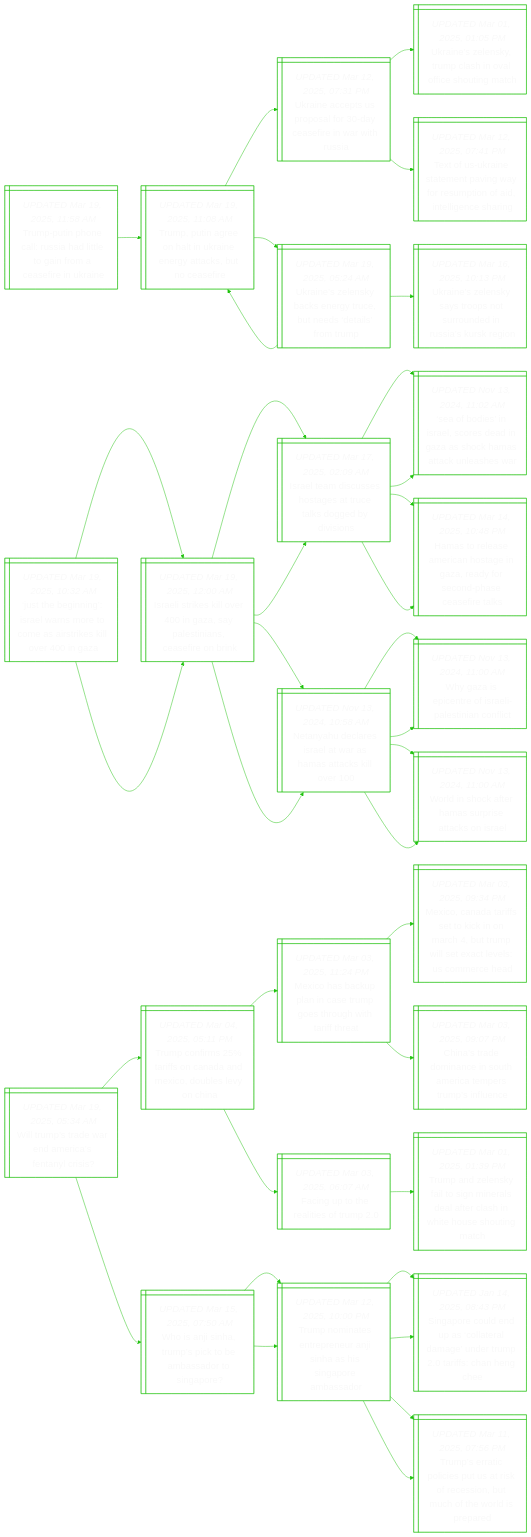
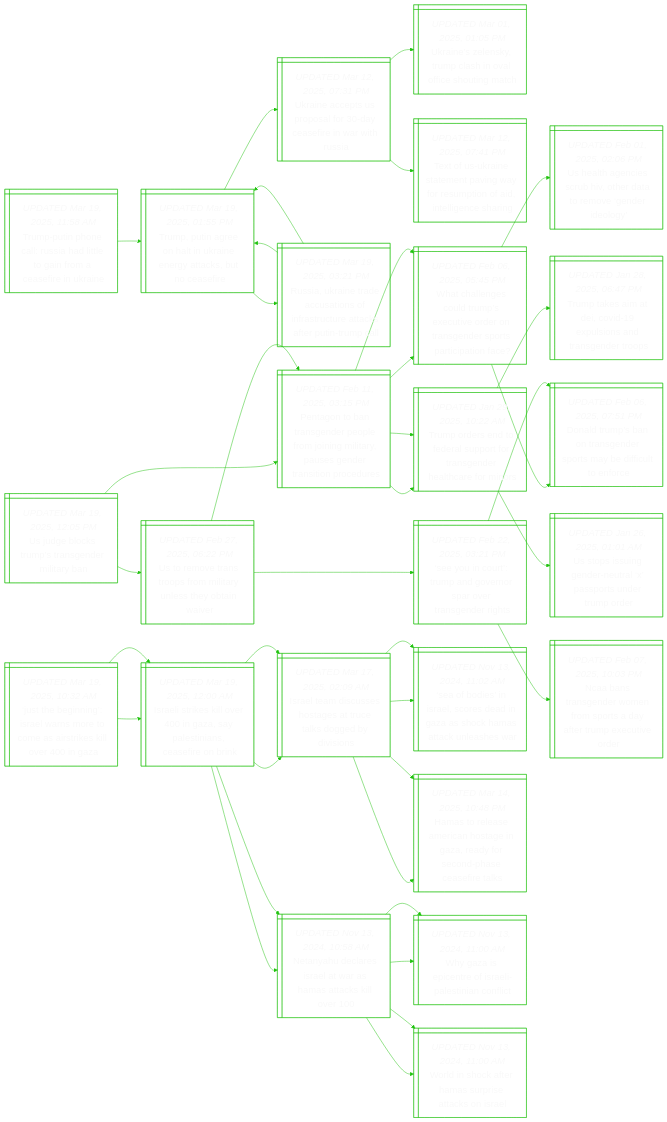
One commit to notJmes/notJmes changed the diagram in README.md. Above: the diagram before and after it, drawn with Mermaid. The commit also changed other lines of this file, not shown here.

````diff
--- a/README.md
+++ b/README.md
@@ -18,7 +18,7 @@
 
 TPpcuhtofcfni@{ shape: win-pane, label: "_UPDATED Mar 19, 2025, 11:58 AM_
 Trump-putin phone call: russia had little to gain from a ceasefire in ukraine" }
-TPaotreyctar@{ shape: win-pane, label: "_UPDATED Mar 19, 2025, 11:08 AM_
+TPaotreyctar@{ shape: win-pane, label: "_UPDATED Mar 19, 2025, 01:55 PM_
 Trump, putin agree on halt in ukraine energy attacks, but no ceasefire" }
 UneSoocfnis@{ shape: win-pane, label: "_UPDATED Mar 12, 2025, 07:31 PM_
 Ukraine accepts us proposal for 30-day ceasefire in war with russia" }
@@ -26,20 +26,66 @@
 Ukraine’s zelensky, trump clash in oval office shouting match" }
 Tfrsmawrmndlna@{ shape: win-pane, label: "_UPDATED Mar 12, 2025, 07:41 PM_
 Text of us-ukraine statement paving way for resumption of aid, intelligence sharing" }
-Unlysgcndlmp@{ shape: win-pane, label: "_UPDATED Mar 19, 2025, 05:24 AM_
-Ukraine’s zelensky backs energy truce, but needs ‘details’ from trump" }
-TPaotreyctar@{ shape: win-pane, label: "_UPDATED Mar 19, 2025, 11:08 AM_
+Raiacifacakeiml@{ shape: win-pane, label: "_UPDATED Mar 19, 2025, 03:21 PM_
+Russia, ukraine trade accusations of infrastructure attacks after putin-trump call" }
+TPaotreyctar@{ shape: win-pane, label: "_UPDATED Mar 19, 2025, 01:55 PM_
 Trump, putin agree on halt in ukraine energy attacks, but no ceasefire" }
-Unlytsunnirg@{ shape: win-pane, label: "_UPDATED Mar 16, 2025, 10:13 PM_
-Ukraine’s zelensky says troops not surrounded in russia’s kursk region" }
+TPaotreyctar@{ shape: win-pane, label: "_UPDATED Mar 19, 2025, 01:55 PM_
+Trump, putin agree on halt in ukraine energy attacks, but no ceasefire" }
 
 TPpcuhtofcfni:::txtsize --> TPaotreyctar:::txtsize
 TPaotreyctar:::txtsize --> UneSoocfnis:::txtsize
 UneSoocfnis:::txtsize --> Unlyphaiogh:::txtsize
 UneSoocfnis:::txtsize --> Tfrsmawrmndlna:::txtsize
-TPaotreyctar:::txtsize --> Unlysgcndlmp:::txtsize
-Unlysgcndlmp:::txtsize --> TPaotreyctar:::txtsize
-Unlysgcndlmp:::txtsize --> Unlytsunnirg:::txtsize
+TPaotreyctar:::txtsize --> Raiacifacakeiml:::txtsize
+Raiacifacakeiml:::txtsize --> TPaotreyctar:::txtsize
+Raiacifacakeiml:::txtsize --> TPaotreyctar:::txtsize
+
+Ugcureman@{ shape: win-pane, label: "_UPDATED Mar 19, 2025, 12:05 PM_
+Us judge blocks trump’s transgender military ban" }
+Pgbanefogtagrsnes@{ shape: win-pane, label: "_UPDATED Feb 11, 2025, 03:15 PM_
+Pentagon to ban transgender people from joining military, pauses gender transition procedures" }
+Whnoretrnserrpn@{ shape: win-pane, label: "_UPDATED Feb 06, 2025, 05:45 PM_
+What challenges could trump’s executive order on transgender sports participation face?" }
+Ddpondoaiuec@{ shape: win-pane, label: "_UPDATED Feb 06, 2025, 07:51 PM_
+Donald trump’s ban on transgender sports may be difficult to enforce" }
+Ulesbtareeo@{ shape: win-pane, label: "_UPDATED Feb 01, 2025, 02:06 PM_
+Us health agencies scrub hiv, other data to remove ‘gender ideology’" }
+Tosorpfanecoo@{ shape: win-pane, label: "_UPDATED Jan 29, 2025, 10:22 AM_
+Trump orders end to federal support for transgender healthcare for minors" }
+TtaDvpodseo@{ shape: win-pane, label: "_UPDATED Jan 28, 2025, 06:47 PM_
+Trump takes aim at dei, covid-19 expulsions and transgender troops" }
+Upuenasteme@{ shape: win-pane, label: "_UPDATED Jan 26, 2025, 01:01 AM_
+Us stops issuing gender-neutral ‘x’ passports under trump order" }
+Uettsmalhta@{ shape: win-pane, label: "_UPDATED Feb 27, 2025, 06:22 PM_
+Us to remove trans troops from military unless they obtain waiver" }
+Pgbanefogtagrsnes@{ shape: win-pane, label: "_UPDATED Feb 11, 2025, 03:15 PM_
+Pentagon to ban transgender people from joining military, pauses gender transition procedures" }
+Whnoretrnserrpn@{ shape: win-pane, label: "_UPDATED Feb 06, 2025, 05:45 PM_
+What challenges could trump’s executive order on transgender sports participation face?" }
+Tosorpfanecoo@{ shape: win-pane, label: "_UPDATED Jan 29, 2025, 10:22 AM_
+Trump orders end to federal support for transgender healthcare for minors" }
+Suuudrpendg@{ shape: win-pane, label: "_UPDATED Feb 22, 2025, 03:21 PM_
+‘see you in court’: trump and governor spar over transgender rights" }
+Naanorodtueve@{ shape: win-pane, label: "_UPDATED Feb 07, 2025, 10:03 PM_
+Ncaa bans transgender women from sports a day after trump executive order" }
+Ddpondoaiuec@{ shape: win-pane, label: "_UPDATED Feb 06, 2025, 07:51 PM_
+Donald trump’s ban on transgender sports may be difficult to enforce" }
+
+Ugcureman:::txtsize --> Pgbanefogtagrsnes:::txtsize
+Pgbanefogtagrsnes:::txtsize --> Whnoretrnserrpn:::txtsize
+Whnoretrnserrpn:::txtsize --> Ddpondoaiuec:::txtsize
+Whnoretrnserrpn:::txtsize --> Ulesbtareeo:::txtsize
+Pgbanefogtagrsnes:::txtsize --> Tosorpfanecoo:::txtsize
+Tosorpfanecoo:::txtsize --> TtaDvpodseo:::txtsize
+Tosorpfanecoo:::txtsize --> Upuenasteme:::txtsize
+Ugcureman:::txtsize --> Uettsmalhta:::txtsize
+Uettsmalhta:::txtsize --> Pgbanefogtagrsnes:::txtsize
+Pgbanefogtagrsnes:::txtsize --> Whnoretrnserrpn:::txtsize
+Pgbanefogtagrsnes:::txtsize --> Tosorpfanecoo:::txtsize
+Uettsmalhta:::txtsize --> Suuudrpendg:::txtsize
+Suuudrpendg:::txtsize --> Naanorodtueve:::txtsize
+Suuudrpendg:::txtsize --> Ddpondoaiuec:::txtsize
 
 Jhigenemiiiea@{ shape: win-pane, label: "_UPDATED Mar 19, 2025, 10:32 AM_
 ‘just the beginning’: israel warns more to come as airstrikes kill over 400 in gaza" }
@@ -87,47 +133,4 @@
 NyeeawHakl:::txtsize --> WzptIleint:::txtsize
 NyeeawHakl:::txtsize --> Wiceapaks:::txtsize
 
-Wrtwdieys@{ shape: win-pane, label: "_UPDATED Mar 19, 2025, 05:34 AM_
-Will trump’s trade war end america’s fentanyl crisis?" }
-TcrroadcbeC@{ shape: win-pane, label: "_UPDATED Mar 04, 2025, 05:11 PM_
-Trump confirms 25% tariffs on canada and mexico, doubles levy on china" }
-MoapnTghhtfa@{ shape: win-pane, label: "_UPDATED Mar 03, 2025, 11:24 PM_
-Mexico has backup plan in case trump goes through with tariff threat" }
-ModieiocTwececra@{ shape: win-pane, label: "_UPDATED Mar 03, 2025, 09:34 PM_
-Mexico, canada tariffs set to kick in on march 4, but trump will set exact levels: us commerce head" }
-Csenitresple@{ shape: win-pane, label: "_UPDATED Mar 03, 2025, 09:07 PM_
-China’s trade dominance in south america tempers trump’s influence" }
-Fgtaer@{ shape: win-pane, label: "_UPDATED Mar 03, 2025, 06:07 AM_
-Facing up to the realities of trump 2.0" }
-TalytnretaWHsit@{ shape: win-pane, label: "_UPDATED Mar 01, 2025, 01:39 PM_
-Trump and zelensky fail to sign minerals deal after clash in white house shouting match" }
-WAirpobdSp@{ shape: win-pane, label: "_UPDATED Mar 15, 2025, 07:50 AM_
-Who is anji sinha, trump’s pick to be ambassador to singapore?" }
-TnanrrSaSpma@{ shape: win-pane, label: "_UPDATED Mar 12, 2025, 10:00 PM_
-Trump nominates entrepreneur anji sinha as his singapore ambassador" }
-Sponsalgemihne@{ shape: win-pane, label: "_UPDATED Jan 14, 2025, 08:43 PM_
-Singapore could end up as ‘collateral damage’ under trump 2.0 tariffs: chan heng chee" }
-TstlsSseitowip@{ shape: win-pane, label: "_UPDATED Mar 11, 2025, 07:56 PM_
-Trump’s erratic policies put us at risk of recession, but much of the world is prepared" }
-TnanrrSaSpma@{ shape: win-pane, label: "_UPDATED Mar 12, 2025, 10:00 PM_
-Trump nominates entrepreneur anji sinha as his singapore ambassador" }
-Sponsalgemihne@{ shape: win-pane, label: "_UPDATED Jan 14, 2025, 08:43 PM_
-Singapore could end up as ‘collateral damage’ under trump 2.0 tariffs: chan heng chee" }
-TstlsSseitowip@{ shape: win-pane, label: "_UPDATED Mar 11, 2025, 07:56 PM_
-Trump’s erratic policies put us at risk of recession, but much of the world is prepared" }
-
-Wrtwdieys:::txtsize --> TcrroadcbeC:::txtsize
-TcrroadcbeC:::txtsize --> MoapnTghhtfa:::txtsize
-MoapnTghhtfa:::txtsize --> ModieiocTwececra:::txtsize
-MoapnTghhtfa:::txtsize --> Csenitresple:::txtsize
-TcrroadcbeC:::txtsize --> Fgtaer:::txtsize
-Fgtaer:::txtsize --> TalytnretaWHsit:::txtsize
-Wrtwdieys:::txtsize --> WAirpobdSp:::txtsize
-WAirpobdSp:::txtsize --> TnanrrSaSpma:::txtsize
-TnanrrSaSpma:::txtsize --> Sponsalgemihne:::txtsize
-TnanrrSaSpma:::txtsize --> TstlsSseitowip:::txtsize
-WAirpobdSp:::txtsize --> TnanrrSaSpma:::txtsize
-TnanrrSaSpma:::txtsize --> Sponsalgemihne:::txtsize
-TnanrrSaSpma:::txtsize --> TstlsSseitowip:::txtsize
-
 ```
````
